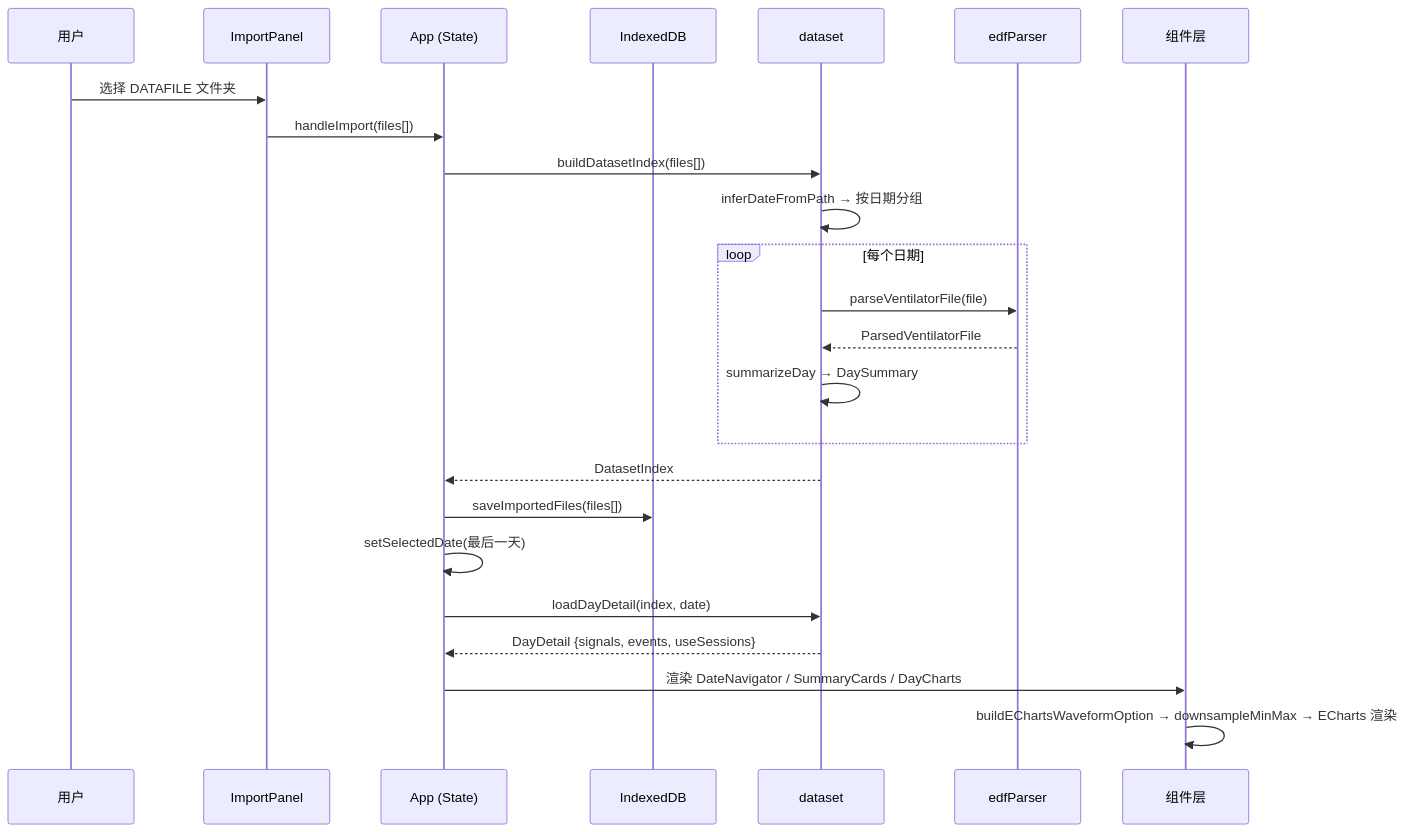
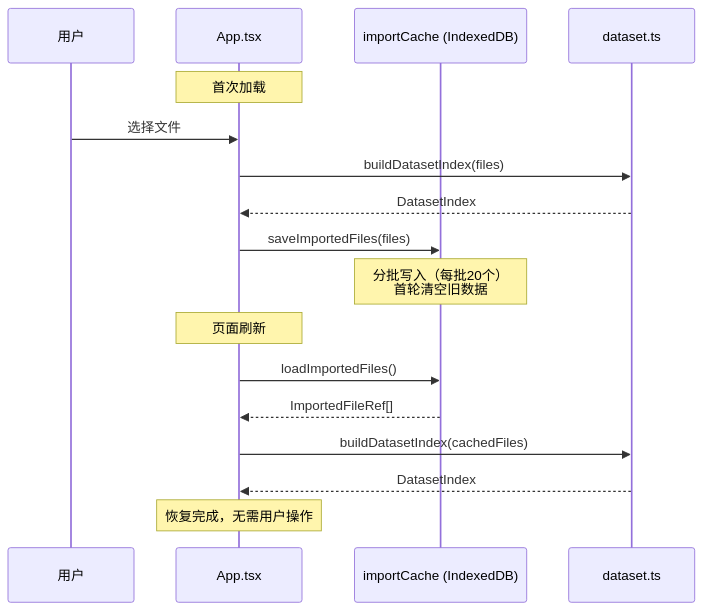
One commit to Xy2002/lepu-ventilator-data-visualizer changed the third of 4 diagrams in docs/architecture.md. Above: the diagram before and after it, drawn with Mermaid. The commit also changed other lines of this file, not shown here.

First line of the commit message:
docs: add comprehensive architecture document in Chinese

````diff
--- a/docs/architecture.md
+++ b/docs/architecture.md
@@ -38,29 +328,21 @@
 ```mermaid
 sequenceDiagram
     participant User as 用户
-    participant IP as ImportPanel
-    participant App as App (State)
-    participant Cache as IndexedDB
-    participant DS as dataset
-    participant Parser as edfParser
-    participant UI as 组件层
+    participant App as App.tsx
+    participant Cache as importCache (IndexedDB)
+    participant Dataset as dataset.ts
 
-    User->>IP: 选择 DATAFILE 文件夹
-    IP->>App: handleImport(files[])
-    App->>DS: buildDatasetIndex(files[])
-    DS->>DS: inferDateFromPath → 按日期分组
-    loop 每个日期
-        DS->>Parser: parseVentilatorFile(file)
-        Parser-->>DS: ParsedVentilatorFile
-        DS->>DS: summarizeDay → DaySummary
-    end
-    DS-->>App: DatasetIndex
-    App->>Cache: saveImportedFiles(files[])
-    App->>App: setSelectedDate(最后一天)
+    Note over App: 首次加载
+    User->>App: 选择文件
+    App->>Dataset: buildDatasetIndex(files)
+    Dataset-->>App: DatasetIndex
+    App->>Cache: saveImportedFiles(files)
+    Note over Cache: 分批写入（每批20个）<br/>首轮清空旧数据
 
-    App->>DS: loadDayDetail(index, date)
-    DS-->>App: DayDetail {signals, events, useSessions}
-
-    App->>UI: 渲染 DateNavigator / SummaryCards / DayCharts
-    UI->>UI: buildEChartsWaveformOption → downsampleMinMax → ECharts 渲染
+    Note over App: 页面刷新
+    App->>Cache: loadImportedFiles()
+    Cache-->>App: ImportedFileRef[]
+    App->>Dataset: buildDatasetIndex(cachedFiles)
+    Dataset-->>App: DatasetIndex
+    Note over App: 恢复完成，无需用户操作
 ```
````
